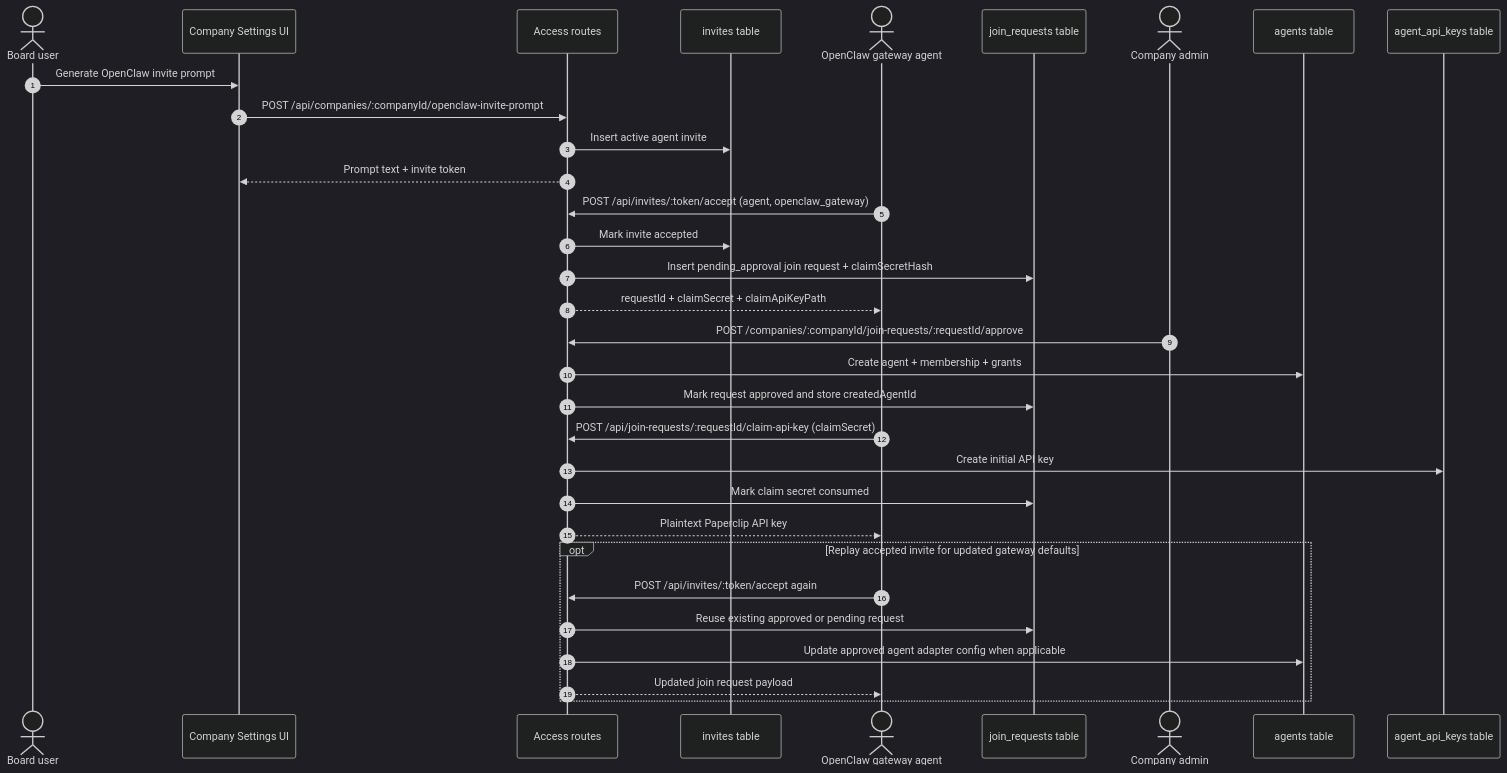
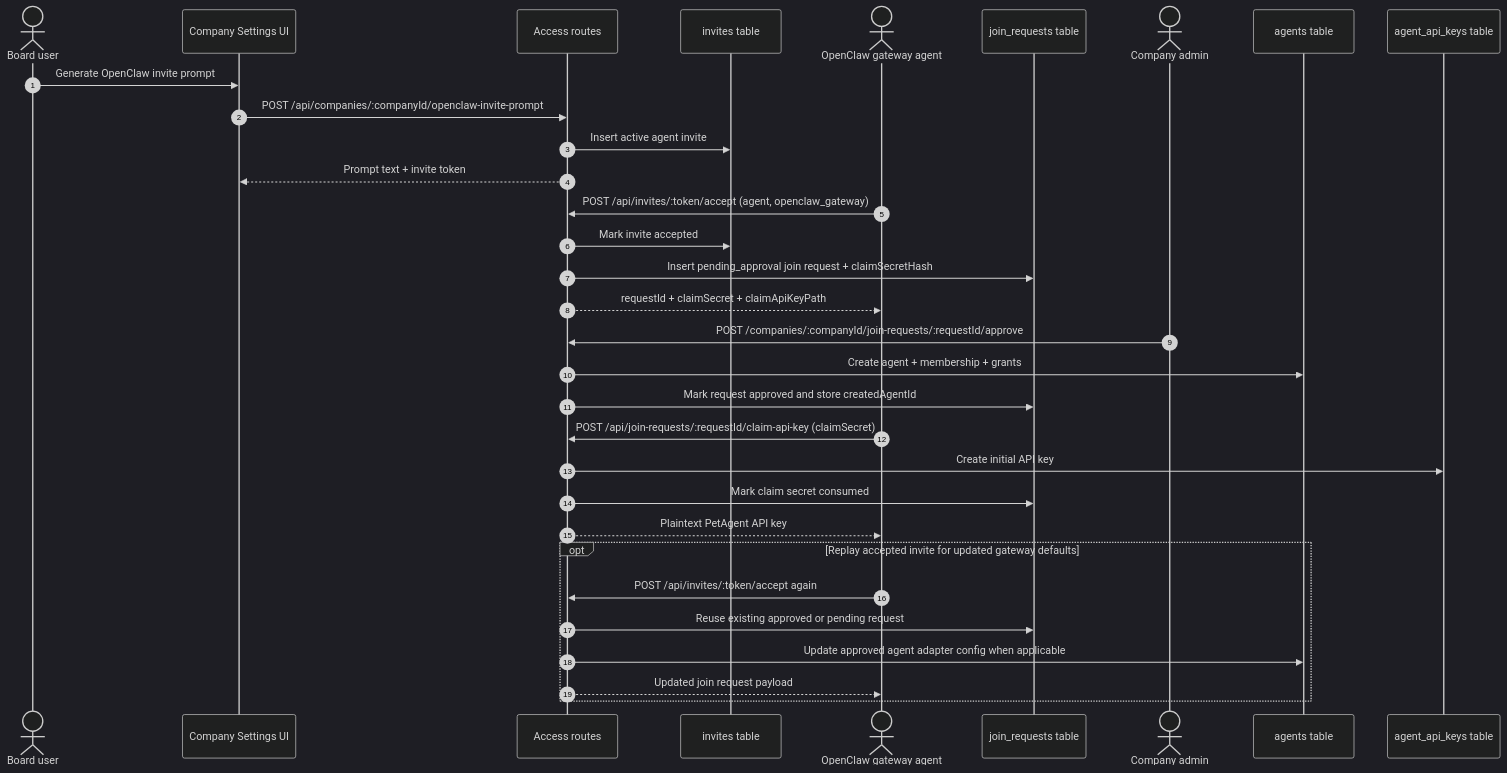
One commit to L1l1thLY/PetAgent changed the sixth of 6 diagrams in doc/spec/invite-flow.md. Above: the diagram before and after it, drawn with Mermaid (dark theme). The commit also changed 648 other files, not shown here.

First line of the commit message:
rebrand: Paperclip/paperclip -> PetAgent/petagent across source + assets

````diff
--- a/doc/spec/invite-flow.md
+++ b/doc/spec/invite-flow.md
@@ -246,39 +246,39 @@
 ```mermaid
 sequenceDiagram
   autonumber
   actor Board as Board user
   participant Settings as Company Settings UI
   participant API as Access routes
   participant Invites as invites table
   actor Gateway as OpenClaw gateway agent
   participant Join as join_requests table
   actor Approver as Company admin
   participant Agents as agents table
   participant Keys as agent_api_keys table
 
   Board->>Settings: Generate OpenClaw invite prompt
   Settings->>API: POST /api/companies/:companyId/openclaw-invite-prompt
   API->>Invites: Insert active agent invite
   API-->>Settings: Prompt text + invite token
 
   Gateway->>API: POST /api/invites/:token/accept (agent, openclaw_gateway)
   API->>Invites: Mark invite accepted
   API->>Join: Insert pending_approval join request + claimSecretHash
   API-->>Gateway: requestId + claimSecret + claimApiKeyPath
 
   Approver->>API: POST /companies/:companyId/join-requests/:requestId/approve
   API->>Agents: Create agent + membership + grants
   API->>Join: Mark request approved and store createdAgentId
 
   Gateway->>API: POST /api/join-requests/:requestId/claim-api-key (claimSecret)
   API->>Keys: Create initial API key
   API->>Join: Mark claim secret consumed
-  API-->>Gateway: Plaintext Paperclip API key
+  API-->>Gateway: Plaintext PetAgent API key
 
   opt Replay accepted invite for updated gateway defaults
     Gateway->>API: POST /api/invites/:token/accept again
     API->>Join: Reuse existing approved or pending request
     API->>Agents: Update approved agent adapter config when applicable
     API-->>Gateway: Updated join request payload
   end
 ```
````
